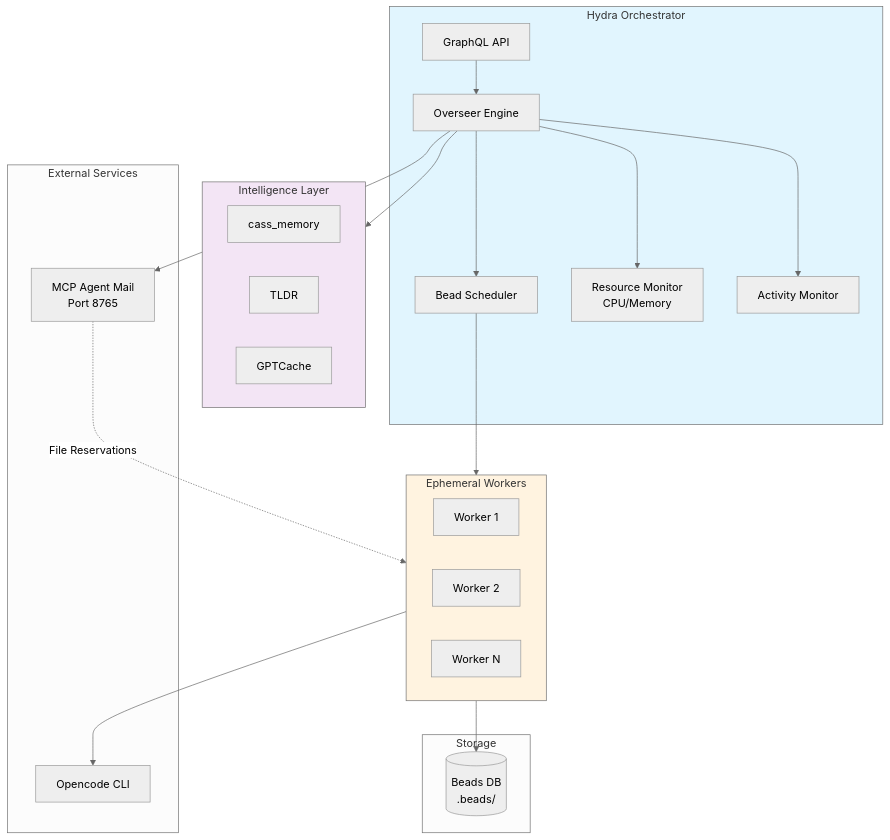
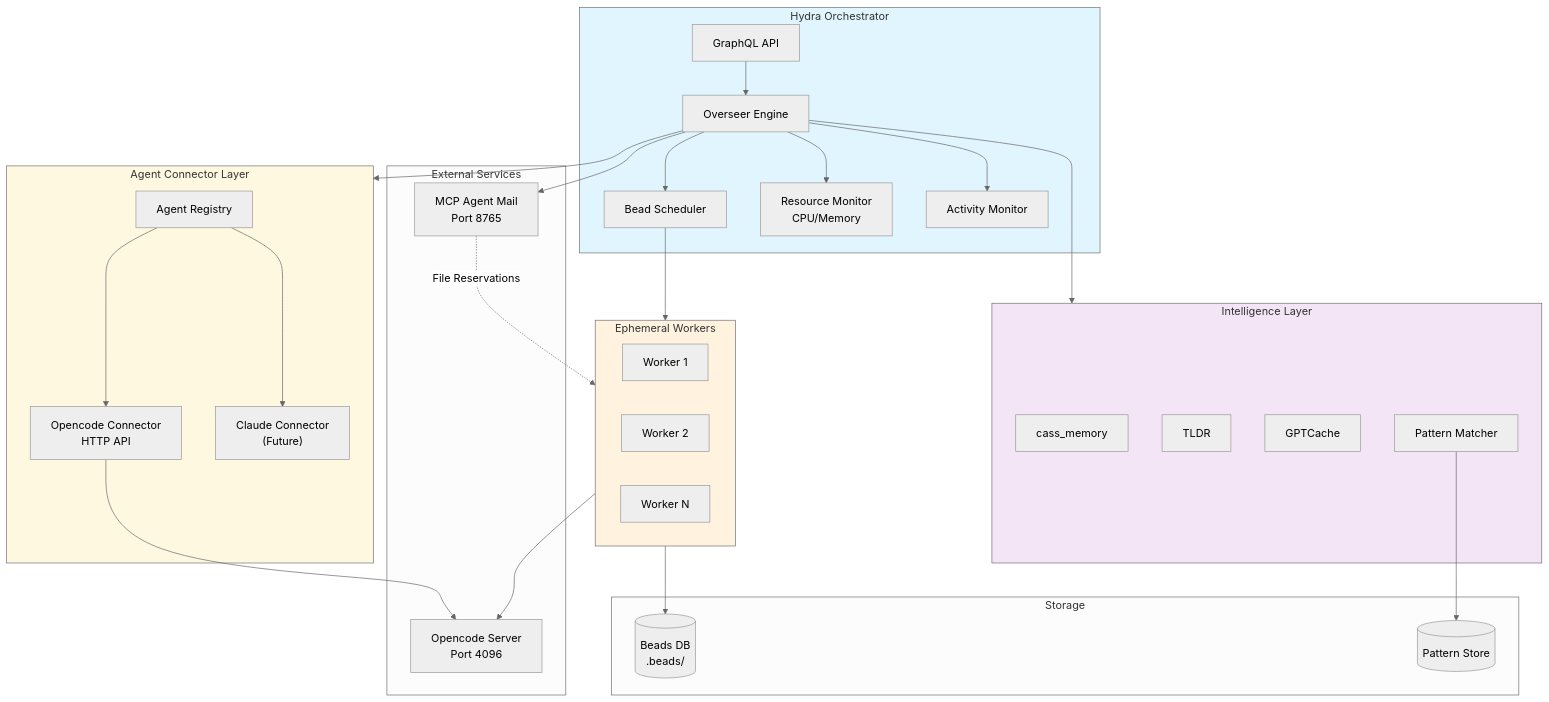
Before and after one commit to haulmatic-dev/hindsight-pi: the diagram in README.md, drawn with Mermaid (neutral theme). The commit also changed other lines of this file and 63 other files, not shown here.

````diff
--- a/README.md
+++ b/README.md
@@ -110,48 +110,64 @@
 ```mermaid
 flowchart TB
     subgraph Hydra["Hydra Orchestrator"]
         API["GraphQL API"]
         Overseer["Overseer Engine"]
         Scheduler["Bead Scheduler"]
         ResourceMonitor["Resource Monitor<br/>CPU/Memory"]
         ActivityMonitor["Activity Monitor"]
     end
     
+    subgraph Agents["Agent Connector Layer"]
+        AgentRegistry["Agent Registry"]
+        OpencodeConn["Opencode Connector<br/>HTTP API"]
+        ClaudeConn["Claude Connector<br/>(Future)"]
+    end
+    
     subgraph Intelligence["Intelligence Layer"]
         CassMemory["cass_memory"]
         TLDR["TLDR"]
         GPTCache["GPTCache"]
+        PatternMatcher["Pattern Matcher"]
     end
     
     subgraph External["External Services"]
         MCP["MCP Agent Mail<br/>Port 8765"]
-        Opencode["Opencode CLI"]
+        OpencodeServer["Opencode Server<br/>Port 4096"]
     end
     
     subgraph Workers["Ephemeral Workers"]
         W1["Worker 1"]
         W2["Worker 2"]
         W3["Worker N"]
     end
     
     subgraph Storage["Storage"]
         BeadsDB[("Beads DB<br/>.beads/")]
+        PatternStore[("Pattern Store")]
     end
     
     API --> Overseer
     Overseer --> Scheduler
     Overseer --> ResourceMonitor
     Overseer --> ActivityMonitor
     Overseer --> Intelligence
     Overseer --> MCP
+    Overseer --> Agents
+    
+    AgentRegistry --> OpencodeConn
+    AgentRegistry --> ClaudeConn
+    OpencodeConn --> OpencodeServer
     
     Scheduler --> Workers
-    Workers --> Opencode
+    Workers --> OpencodeServer
     Workers --> BeadsDB
+    
+    PatternMatcher --> PatternStore
     
     MCP -.->|File Reservations| Workers
     
     style Hydra fill:#e1f5fe
     style Workers fill:#fff3e0
     style Intelligence fill:#f3e5f5
+    style Agents fill:#fff8e1
 ```
````
